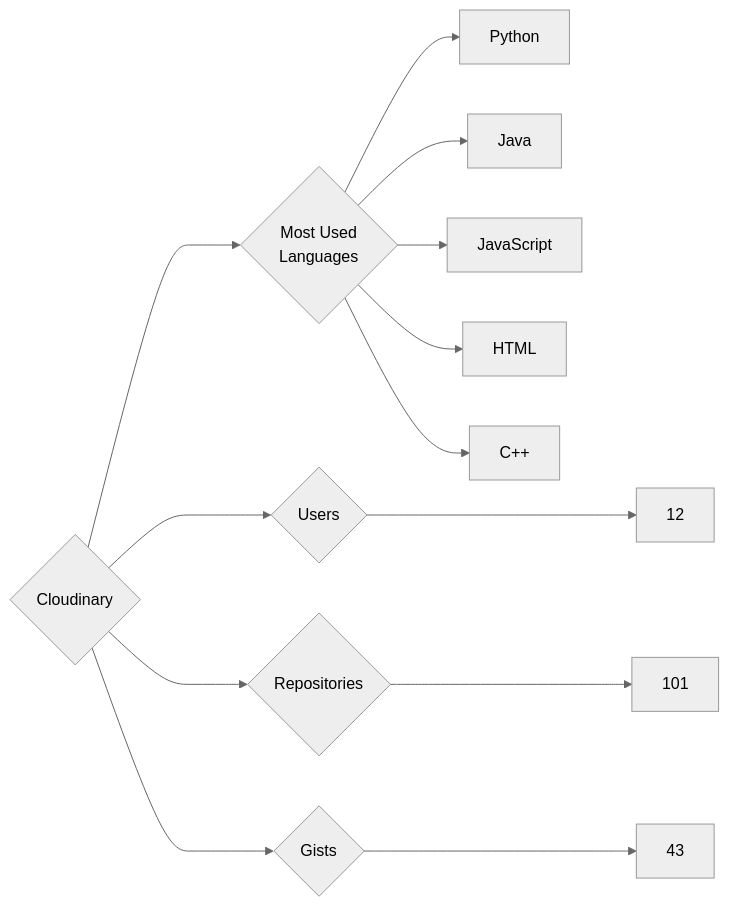
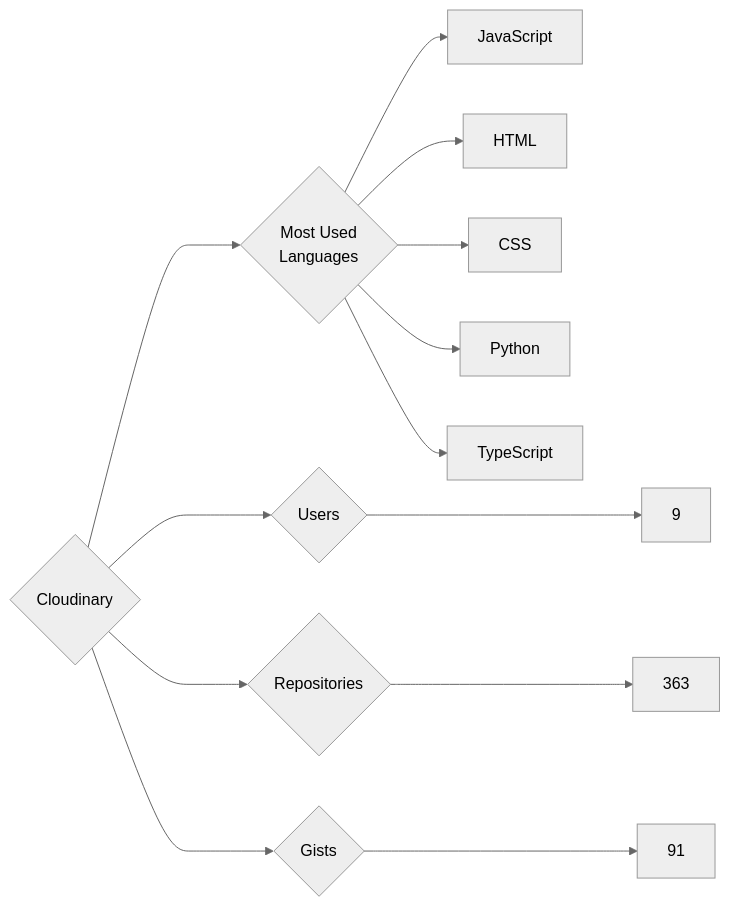
The diagram in targets/Cloudinary/README.md (trickest/insiders), drawn with Mermaid (neutral theme) before and after one commit. The commit also changed 1166 other files, not shown here.

````diff
--- a/targets/Cloudinary/README.md
+++ b/targets/Cloudinary/README.md
@@ -3,13 +3,13 @@
 ```mermaid
 graph LR
 COMPANY_NAME{Cloudinary}
-COMPANY_NAME ---> U{Users} ---> UN[12]
-COMPANY_NAME ---> R{Repositories} ---> RN[101]
-COMPANY_NAME ---> G{Gists} ---> GN[43]
+COMPANY_NAME ---> U{Users} ---> UN[9]
+COMPANY_NAME ---> R{Repositories} ---> RN[363]
+COMPANY_NAME ---> G{Gists} ---> GN[91]
 COMPANY_NAME ---> ML{Most Used<br>Languages}
-ML --> Python[Python]
-ML --> Java[Java]
 ML --> JavaScript[JavaScript]
 ML --> HTML[HTML]
-ML --> C++[C++]
+ML --> CSS[CSS]
+ML --> Python[Python]
+ML --> TypeScript[TypeScript]
 ```
````
